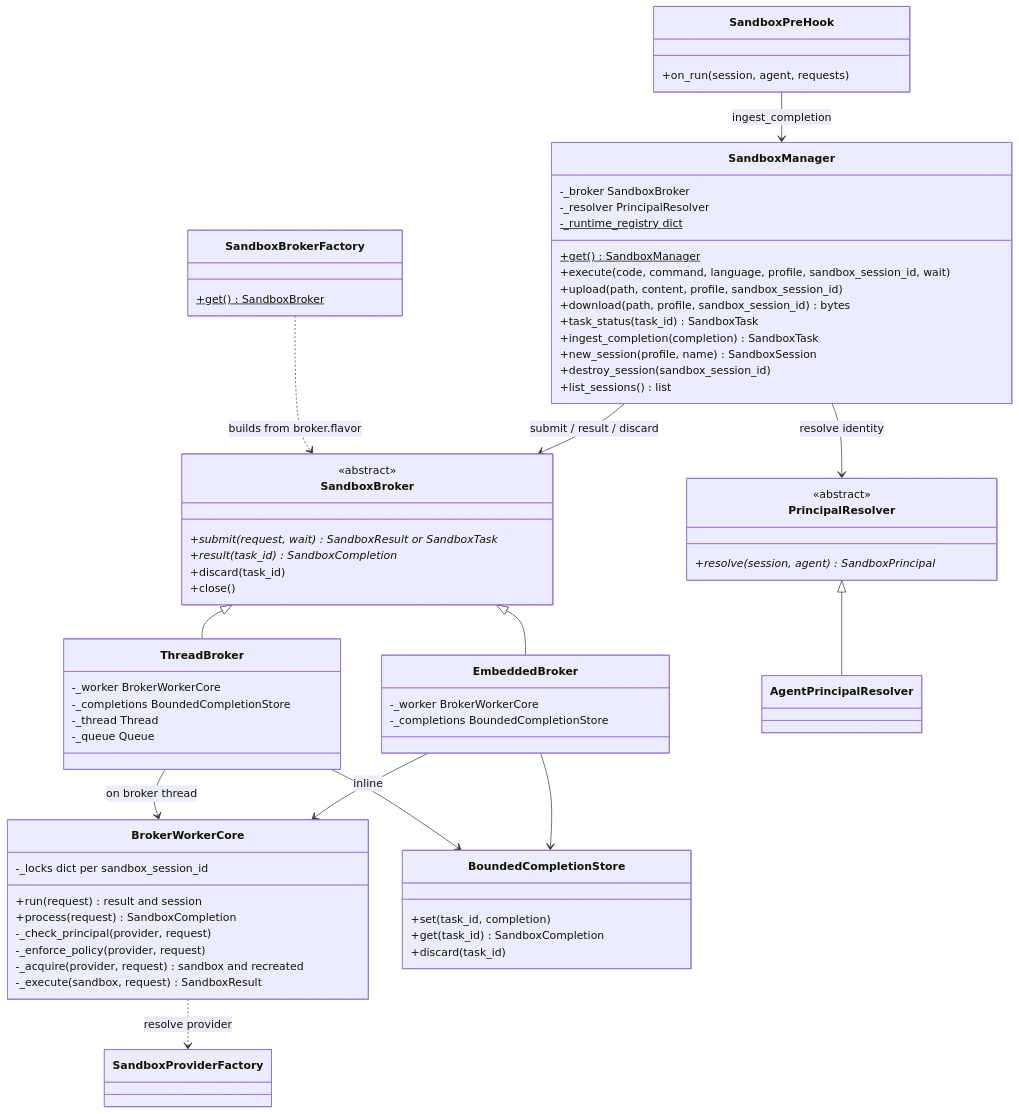
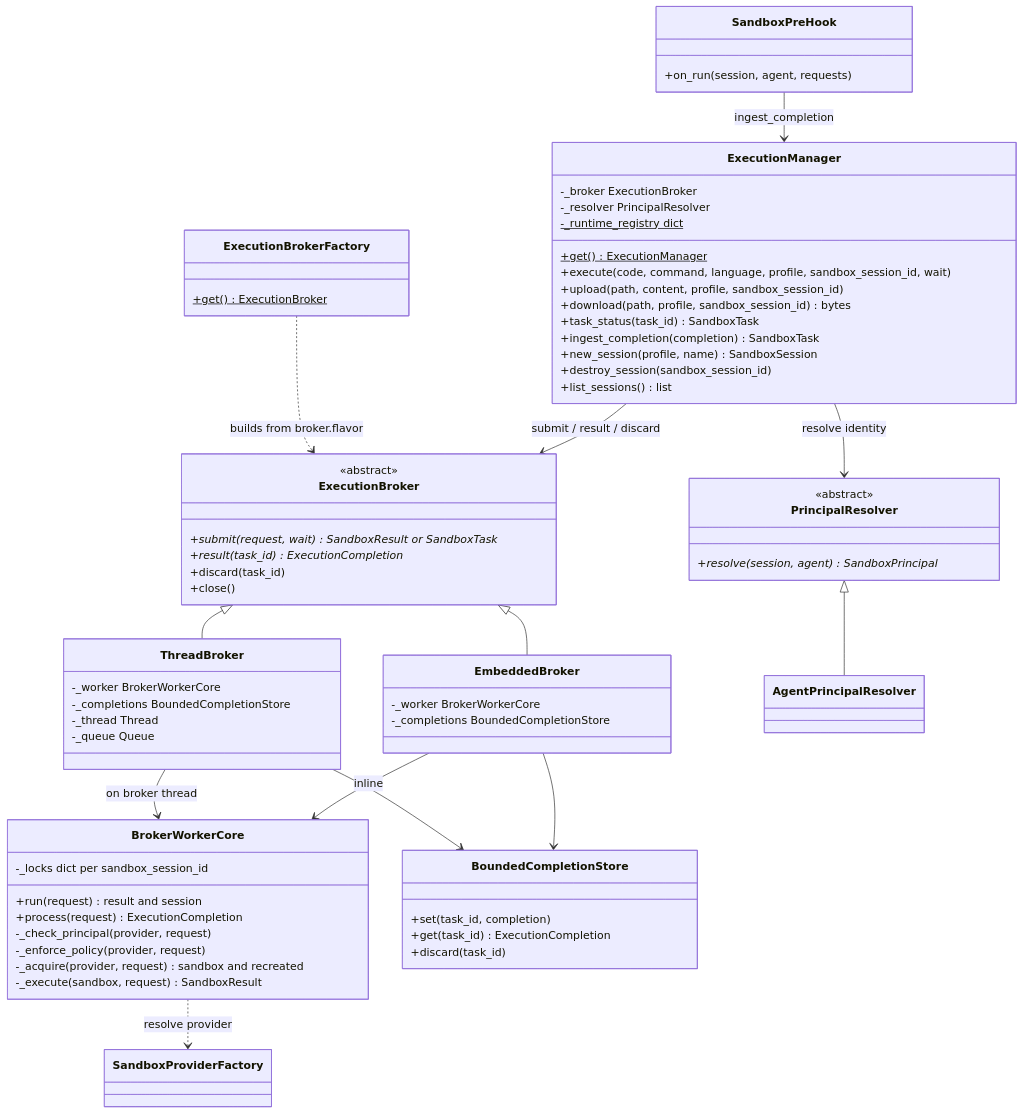
One commit to yaalalabs/agent-kernel changed the third of 9 diagrams in docs/docs/architecture/sandbox-internals.md. Above: the diagram before and after it, drawn with Mermaid. The commit also changed other lines of this file and 27 other files, not shown here.

First line of the commit message:
refactor: rename SandboxManager to ExecutionManager and related classes for clarity

````diff
--- a/docs/docs/architecture/sandbox-internals.md
+++ b/docs/docs/architecture/sandbox-internals.md
@@ -132,73 +168,73 @@
 ```mermaid
 classDiagram
     direction TB
-    class SandboxManager {
-        -_broker SandboxBroker
+    class ExecutionManager {
+        -_broker ExecutionBroker
         -_resolver PrincipalResolver
         -_runtime_registry dict$
-        +get()$ SandboxManager
+        +get()$ ExecutionManager
         +execute(code, command, language, profile, sandbox_session_id, wait)
         +upload(path, content, profile, sandbox_session_id)
         +download(path, profile, sandbox_session_id) bytes
         +task_status(task_id) SandboxTask
         +ingest_completion(completion) SandboxTask
         +new_session(profile, name) SandboxSession
         +destroy_session(sandbox_session_id)
         +list_sessions() list
     }
-    class SandboxBroker {
+    class ExecutionBroker {
         <<abstract>>
         +submit(request, wait)* SandboxResult or SandboxTask
-        +result(task_id)* SandboxCompletion
+        +result(task_id)* ExecutionCompletion
         +discard(task_id)
         +close()
     }
     class EmbeddedBroker {
         -_worker BrokerWorkerCore
         -_completions BoundedCompletionStore
     }
     class ThreadBroker {
         -_worker BrokerWorkerCore
         -_completions BoundedCompletionStore
         -_thread Thread
         -_queue Queue
     }
     class BrokerWorkerCore {
         -_locks dict per sandbox_session_id
         +run(request) result and session
-        +process(request) SandboxCompletion
+        +process(request) ExecutionCompletion
         -_check_principal(provider, request)
         -_enforce_policy(provider, request)
         -_acquire(provider, request) sandbox and recreated
         -_execute(sandbox, request) SandboxResult
     }
     class BoundedCompletionStore {
         +set(task_id, completion)
-        +get(task_id) SandboxCompletion
+        +get(task_id) ExecutionCompletion
         +discard(task_id)
     }
     class PrincipalResolver {
         <<abstract>>
         +resolve(session, agent)* SandboxPrincipal
     }
     class AgentPrincipalResolver
     class SandboxPreHook {
         +on_run(session, agent, requests)
     }
-    class SandboxBrokerFactory {
-        +get()$ SandboxBroker
+    class ExecutionBrokerFactory {
+        +get()$ ExecutionBroker
     }
 
-    SandboxBroker <|-- EmbeddedBroker
-    SandboxBroker <|-- ThreadBroker
+    ExecutionBroker <|-- EmbeddedBroker
+    ExecutionBroker <|-- ThreadBroker
     PrincipalResolver <|-- AgentPrincipalResolver
-    SandboxManager --> SandboxBroker : submit / result / discard
-    SandboxManager --> PrincipalResolver : resolve identity
-    SandboxBrokerFactory ..> SandboxBroker : builds from broker.flavor
+    ExecutionManager --> ExecutionBroker : submit / result / discard
+    ExecutionManager --> PrincipalResolver : resolve identity
+    ExecutionBrokerFactory ..> ExecutionBroker : builds from broker.flavor
     EmbeddedBroker --> BrokerWorkerCore : inline
     ThreadBroker --> BrokerWorkerCore : on broker thread
     EmbeddedBroker --> BoundedCompletionStore
     ThreadBroker --> BoundedCompletionStore
-    SandboxPreHook --> SandboxManager : ingest_completion
+    SandboxPreHook --> ExecutionManager : ingest_completion
     BrokerWorkerCore ..> SandboxProviderFactory : resolve provider
 ```
````
